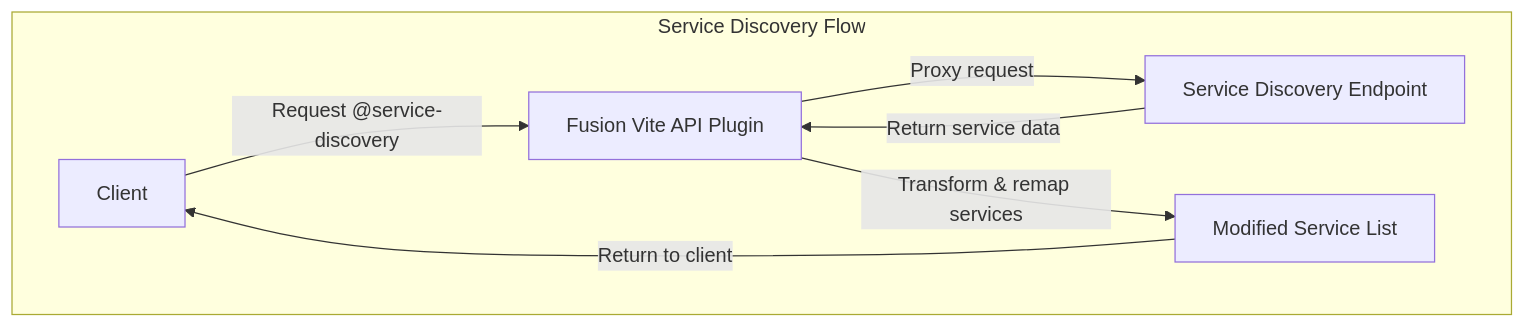
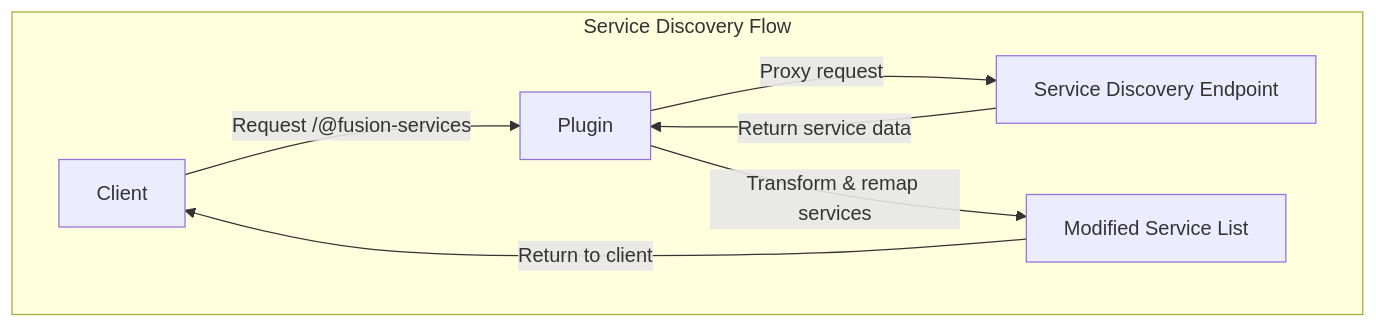
Before and after one commit to equinor/fusion-framework: the first of 3 diagrams in packages/vite-plugins/api-service/README.md, drawn with Mermaid. The commit also changed other lines of this file and 7 other files, not shown here.

Commit message:
docs(vite-plugin-api-service): hone TSDoc and README documentation

````diff
--- a/packages/vite-plugins/api-service/README.md
+++ b/packages/vite-plugins/api-service/README.md
@@ -22,11 +54,10 @@
 ```mermaid
 flowchart TD
-    %% Service Discovery Flow
     subgraph "Service Discovery Flow"
-        SD1[Client] -->| Request @service-discovery| SD2[Fusion Vite API Plugin]
+        SD1[Client] -->|Request /@fusion-services| SD2[Plugin]
         SD2 -->|Proxy request| SD3[Service Discovery Endpoint]
         SD3 -->|Return service data| SD2
         SD2 -->|Transform & remap services| SD4[Modified Service List]
         SD4 -->|Return to client| SD1
     end
 ```
````
